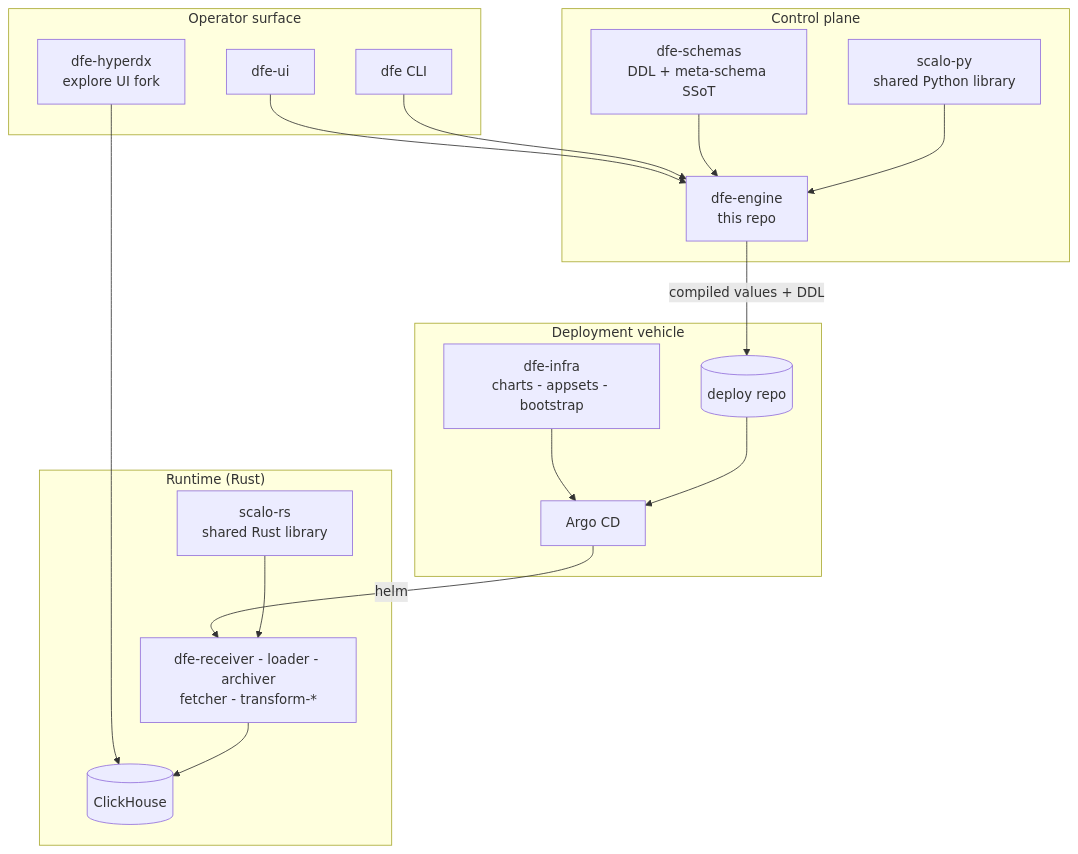
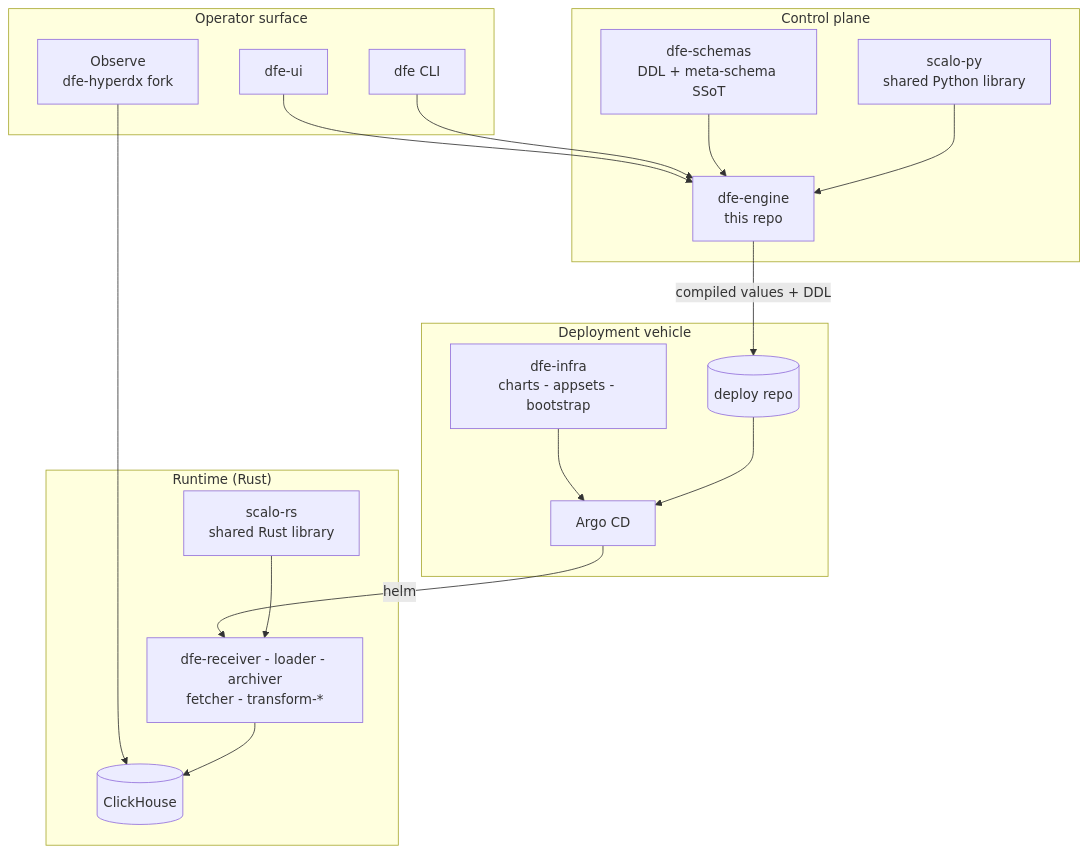
The first of 6 diagrams in docs/architecture.md (hyperi-io/dfe-engine), drawn with Mermaid before and after one commit. The commit also changed other lines of this file and 27 other files, not shown here.

````diff
--- a/docs/architecture.md
+++ b/docs/architecture.md
@@ -16,34 +16,34 @@
 ```mermaid
 flowchart TB
     subgraph surface["Operator surface"]
         UI[dfe-ui]
-        HDX[dfe-hyperdx<br/>explore UI fork]
+        HDX[Observe<br/>dfe-hyperdx fork]
         CLI[dfe CLI]
     end
     subgraph control["Control plane"]
         ENG[dfe-engine<br/>this repo]
         SCH[dfe-schemas<br/>DDL + meta-schema SSoT]
         SPY[scalo-py<br/>shared Python library]
     end
     subgraph deploy["Deployment vehicle"]
         INF[dfe-infra<br/>charts - appsets - bootstrap]
         DREPO[(deploy repo)]
         ARGO[Argo CD]
     end
     subgraph runtime["Runtime (Rust)"]
         RSVC[dfe-receiver - loader - archiver<br/>fetcher - transform-*]
         SRS[scalo-rs<br/>shared Rust library]
         CH[(ClickHouse)]
     end
     UI --> ENG
     HDX --> CH
     CLI --> ENG
     SCH --> ENG
     SPY --> ENG
     ENG -->|compiled values + DDL| DREPO
     INF --> ARGO
     DREPO --> ARGO
     ARGO -->|helm| RSVC
     SRS --> RSVC
     RSVC --> CH
 ```
````
